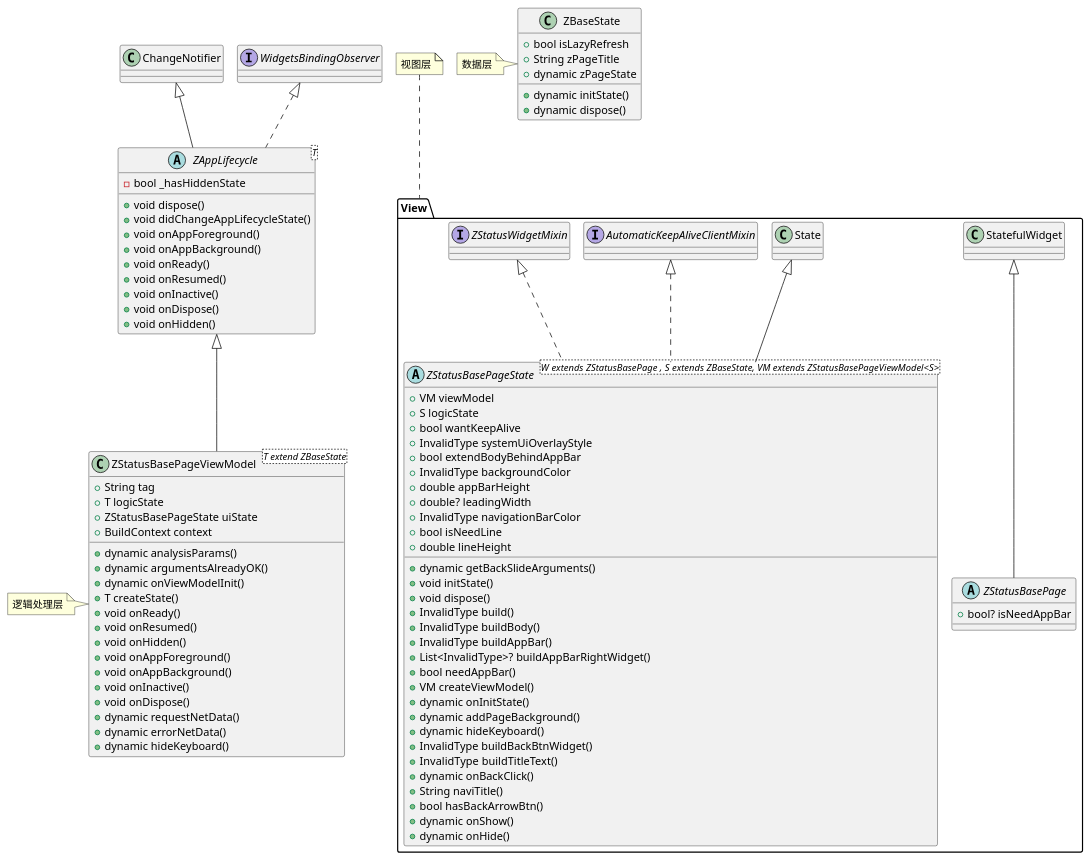
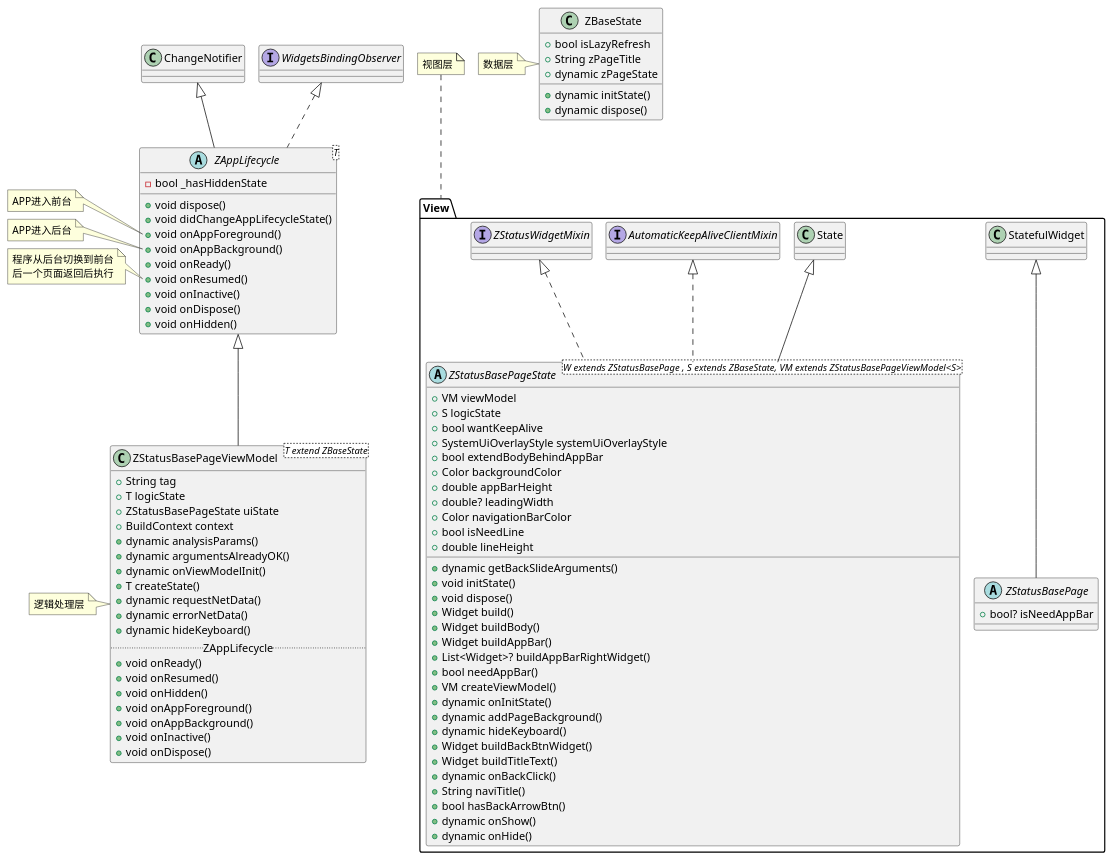
One commit to Zivwu/uml changed the diagram in zelos/mvvm_class.puml. Above: the diagram before and after it, drawn with PlantUML. The commit also changed 1 other file, not shown here.

```diff
--- a/zelos/mvvm_class.puml
+++ b/zelos/mvvm_class.puml
@@ -1,131 +1,146 @@
 @startuml
 set namespaceSeparator ::
 !pragma layout smetana
 
 class "ZStatusBasePageViewModel<T extend ZBaseState>"  as ViewModel
 class "ZAppLifecycle<T>"  as Lifecycle
 class "ZStatusBasePageState<W extends ZStatusBasePage ,  S extends ZBaseState, VM extends ZStatusBasePageViewModel<S>>" as View::UiState
 class "ZStatusBasePage" as View::Page
 
 abstract class  View::Page  extends View::StatefulWidget{
   +bool? isNeedAppBar
 }
 
 abstract class View::UiState extends View::State<W> implements View::AutomaticKeepAliveClientMixin, View::ZStatusWidgetMixin{
   +VM viewModel
   +S logicState
   +bool wantKeepAlive
-  +InvalidType systemUiOverlayStyle
+  +SystemUiOverlayStyle systemUiOverlayStyle
   +bool extendBodyBehindAppBar
-  +InvalidType backgroundColor
+  +Color backgroundColor
   +double appBarHeight
   +double? leadingWidth
-  +InvalidType navigationBarColor
+  +Color navigationBarColor
   +bool isNeedLine
   +double lineHeight
   +dynamic getBackSlideArguments()
   +void initState()
   +void dispose()
-  +InvalidType build()
-  +InvalidType buildBody()
-  +InvalidType buildAppBar()
-  +List<InvalidType>? buildAppBarRightWidget()
+  +Widget build()
+  +Widget buildBody()
+  +Widget buildAppBar()
+  +List<Widget>? buildAppBarRightWidget()
   +bool needAppBar()
   +VM createViewModel()
   +dynamic onInitState()
   +dynamic addPageBackground()
   +dynamic hideKeyboard()
-  +InvalidType buildBackBtnWidget()
-  +InvalidType buildTitleText()
+  +Widget buildBackBtnWidget()
+  +Widget buildTitleText()
   +dynamic onBackClick()
   +String naviTitle()
   +bool hasBackArrowBtn()
   +dynamic onShow()
   +dynamic onHide()
 }
 note top of View:视图层
 
+
+note left of Lifecycle::onAppForeground
+APP进入前台
+end note
+
+note left of Lifecycle::onAppBackground
+APP进入后台
+end note
+
+note left of Lifecycle::onResumed
+程序从后台切换到前台
+后一个页面返回后执行
+end note
 
 abstract class Lifecycle extends ChangeNotifier implements WidgetsBindingObserver{
   -bool _hasHiddenState
   +void dispose()
   +void didChangeAppLifecycleState()
   +void onAppForeground()
   +void onAppBackground()
   +void onReady()
   +void onResumed()
   +void onInactive()
   +void onDispose()
   +void onHidden()
 }
 
+
 class ViewModel extends Lifecycle{
   +String tag
   +T logicState
   +ZStatusBasePageState uiState
   +BuildContext context
   +dynamic analysisParams()
   +dynamic argumentsAlreadyOK()
   +dynamic onViewModelInit()
   +T createState()
+  +dynamic requestNetData()
+  +dynamic errorNetData()
+  +dynamic hideKeyboard()
+  .. ZAppLifecycle ..
   +void onReady()
   +void onResumed()
   +void onHidden()
   +void onAppForeground()
   +void onAppBackground()
   +void onInactive()
   +void onDispose()
-  +dynamic requestNetData()
-  +dynamic errorNetData()
-  +dynamic hideKeyboard()
 }
 note left of ViewModel : 逻辑处理层
 
 
 class ZBaseState {
   +bool isLazyRefresh
   +String zPageTitle
   +dynamic zPageState
   +dynamic initState()
   +dynamic dispose()
 }
 note left : 数据层
 
 abstract class IZStatusPagePlugin $other{
   +InvalidType buildErrorWidget()
   +InvalidType buildLoadingWidget()
   +InvalidType buildEmptyWidget()
   +InvalidType buildBackBtn()
 }
 
 class ZPageParams $other{
   +Map<String, String> pathParams
   +Map<String, String> queryParams
   +dynamic extra
 }
 
 abstract class IZPageParamsPlugin $other{
   +ZPageParams analysisParams()
 }
 
 
 interface IZNetworkErrorHandle $other{
   +ZBaseState pageStatus
   +dynamic errorNetData()
 }
 
 
 class ZPageStatus $other{
   +bool isLoading
   +bool isError
   +bool isSuccess
   +bool isEmpty
   +bool isLoadingMore
   +String? errorMessage
   +Object? error
 }
 
 
 
 remove $other
 @enduml
```
